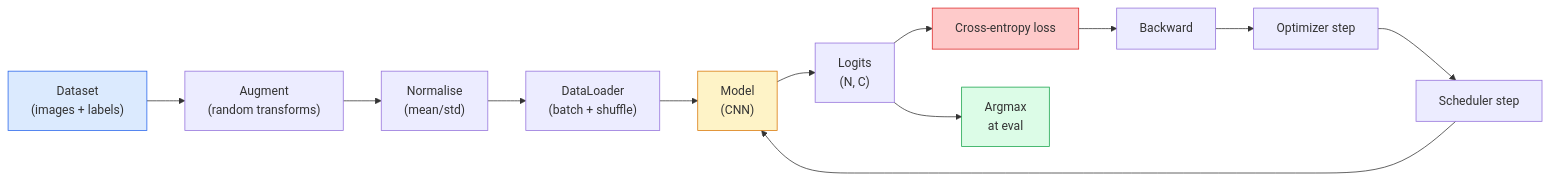
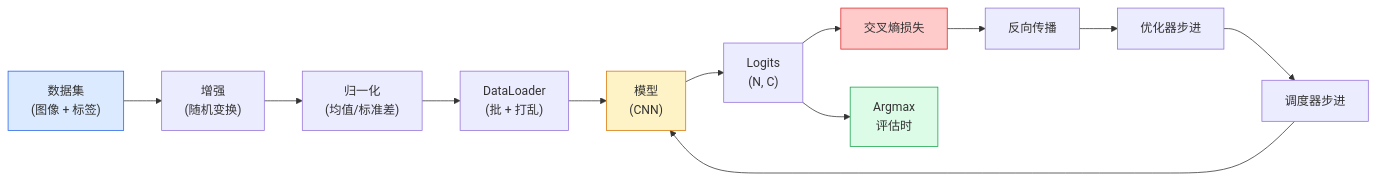
The diagram in lessons/04-computer-vision/04-image-classification/docs/zh.md (guangningsun/ailearning), drawn with Mermaid before and after one commit. The commit also changed other lines of this file and 29 other files, not shown here.

````diff
--- a/lessons/04-computer-vision/04-image-classification/docs/zh.md
+++ b/lessons/04-computer-vision/04-image-classification/docs/zh.md
@@ -29,19 +29,19 @@
 ```mermaid
 flowchart LR
-    A["Dataset<br/>(images + labels)"] --> B["Augment<br/>(random transforms)"]
-    B --> C["Normalise<br/>(mean/std)"]
-    C --> D["DataLoader<br/>(batch + shuffle)"]
-    D --> E["Model<br/>(CNN)"]
+    A["数据集<br/>(图像 + 标签)"] --> B["增强<br/>(随机变换)"]
+    B --> C["归一化<br/>(均值/标准差)"]
+    C --> D["DataLoader<br/>(批 + 打乱)"]
+    D --> E["模型<br/>(CNN)"]
     E --> F["Logits<br/>(N, C)"]
-    F --> G["Cross-entropy loss"]
-    F --> H["Argmax<br/>at eval"]
-    G --> I["Backward"]
-    I --> J["Optimizer step"]
-    J --> K["Scheduler step"]
+    F --> G["交叉熵损失"]
+    F --> H["Argmax<br/>评估时"]
+    G --> I["反向传播"]
+    I --> J["优化器步进"]
+    J --> K["调度器步进"]
     K --> E
 
     style A fill:#dbeafe,stroke:#2563eb
     style E fill:#fef3c7,stroke:#d97706
     style G fill:#fecaca,stroke:#dc2626
     style H fill:#dcfce7,stroke:#16a34a
 ```
````
